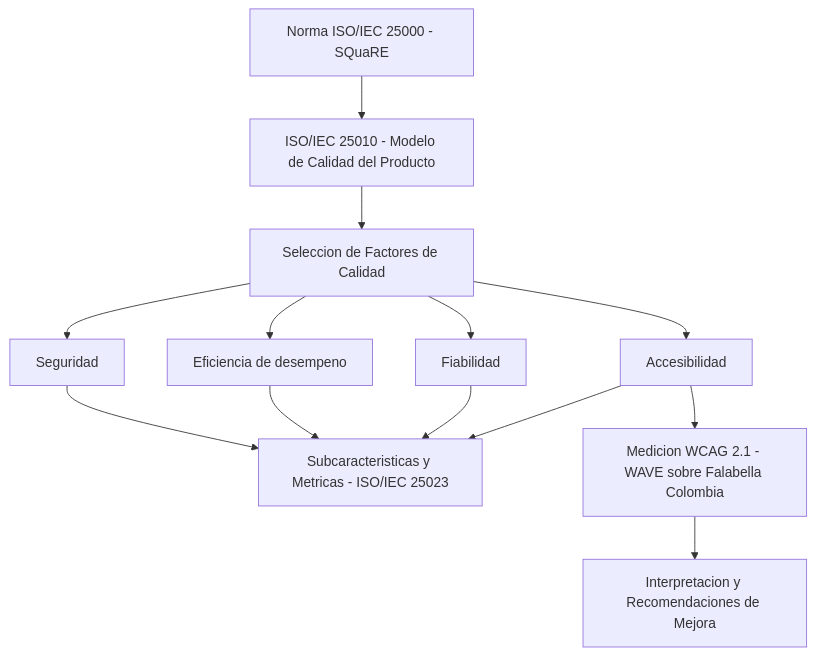
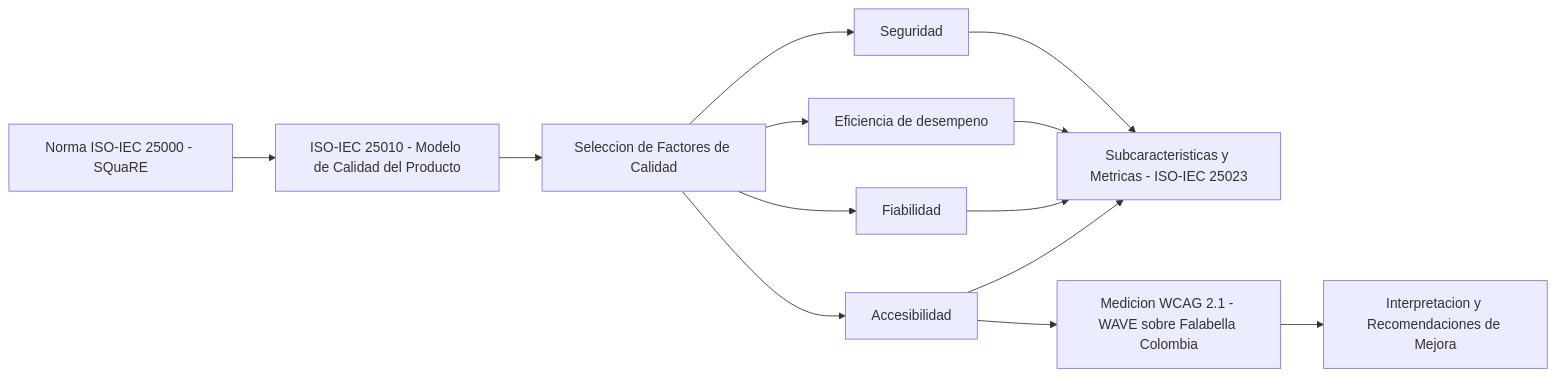
One commit to AlejoTechEngineer/procesos-ingenieria-software-modelo-calidad changed the second of 2 diagrams in README.md. Above: the diagram before and after it, drawn with Mermaid. The commit also changed other lines of this file and 1 other file, not shown here.

First line of the commit message:
Rediseno del README con formato de badges, TOC y diagramas Mermaid; agrega LICENSE (MIT)

````diff
--- a/README.md
+++ b/README.md
@@ -15,12 +124,12 @@
 ```mermaid
-flowchart TD
-    A[Norma ISO/IEC 25000 - SQuaRE] --> B[ISO/IEC 25010 - Modelo de Calidad del Producto]
+flowchart LR
+    A[Norma ISO-IEC 25000 - SQuaRE] --> B[ISO-IEC 25010 - Modelo de Calidad del Producto]
     B --> C[Seleccion de Factores de Calidad]
     C --> D[Seguridad]
     C --> E[Eficiencia de desempeno]
     C --> F[Fiabilidad]
     C --> G[Accesibilidad]
-    D & E & F & G --> H[Subcaracteristicas y Metricas - ISO/IEC 25023]
+    D & E & F & G --> H[Subcaracteristicas y Metricas - ISO-IEC 25023]
     G --> I[Medicion WCAG 2.1 - WAVE sobre Falabella Colombia]
     I --> J[Interpretacion y Recomendaciones de Mejora]
 ```
````
